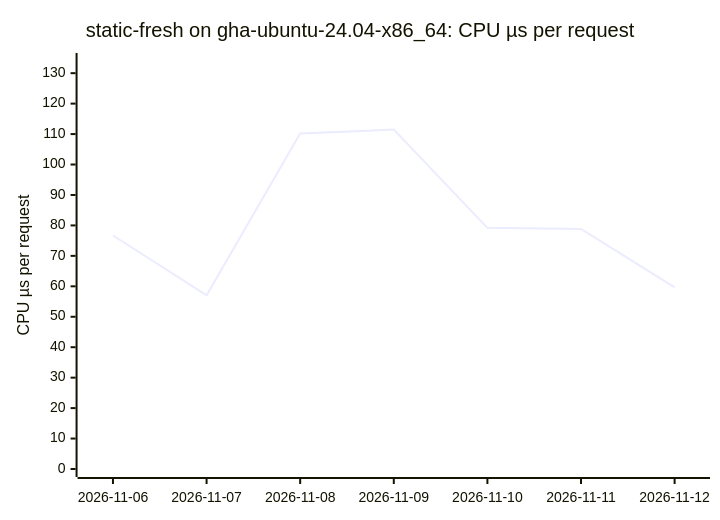
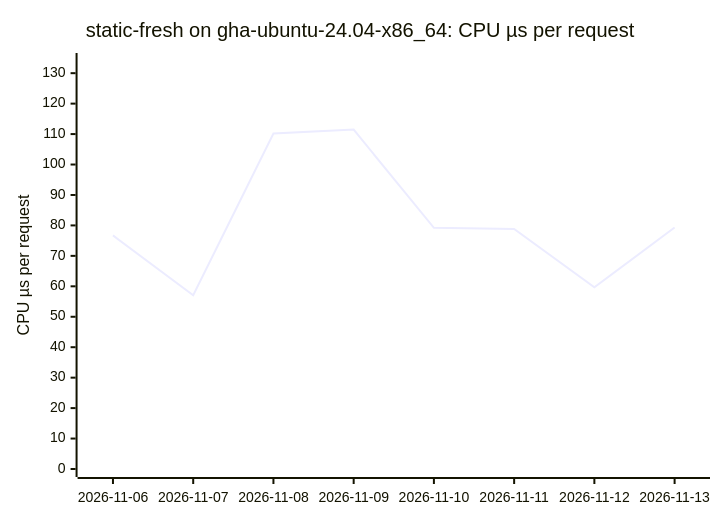
The third of 18 diagrams in BENCHMARKS.md (ThePixelPilgrim/durchlauferhitzer), drawn with Mermaid before and after one commit. The commit also changed other lines of this file and 1 other file, not shown here.

````diff
--- a/BENCHMARKS.md
+++ b/BENCHMARKS.md
@@ -46,7 +46,7 @@
 ```mermaid
 xychart-beta
   title "static-fresh on gha-ubuntu-24.04-x86_64: CPU µs per request"
-  x-axis ["2026-11-06", "2026-11-07", "2026-11-08", "2026-11-09", "2026-11-10", "2026-11-11", "2026-11-12"]
+  x-axis ["2026-11-06", "2026-11-07", "2026-11-08", "2026-11-09", "2026-11-10", "2026-11-11", "2026-11-12", "2026-11-13"]
   y-axis "CPU µs per request" 0 --> 134
-  line [76.72, 57.05, 110.20, 111.47, 79.20, 78.85, 59.65]
+  line [76.72, 57.05, 110.20, 111.47, 79.20, 78.85, 59.65, 79.31]
 ```
````
